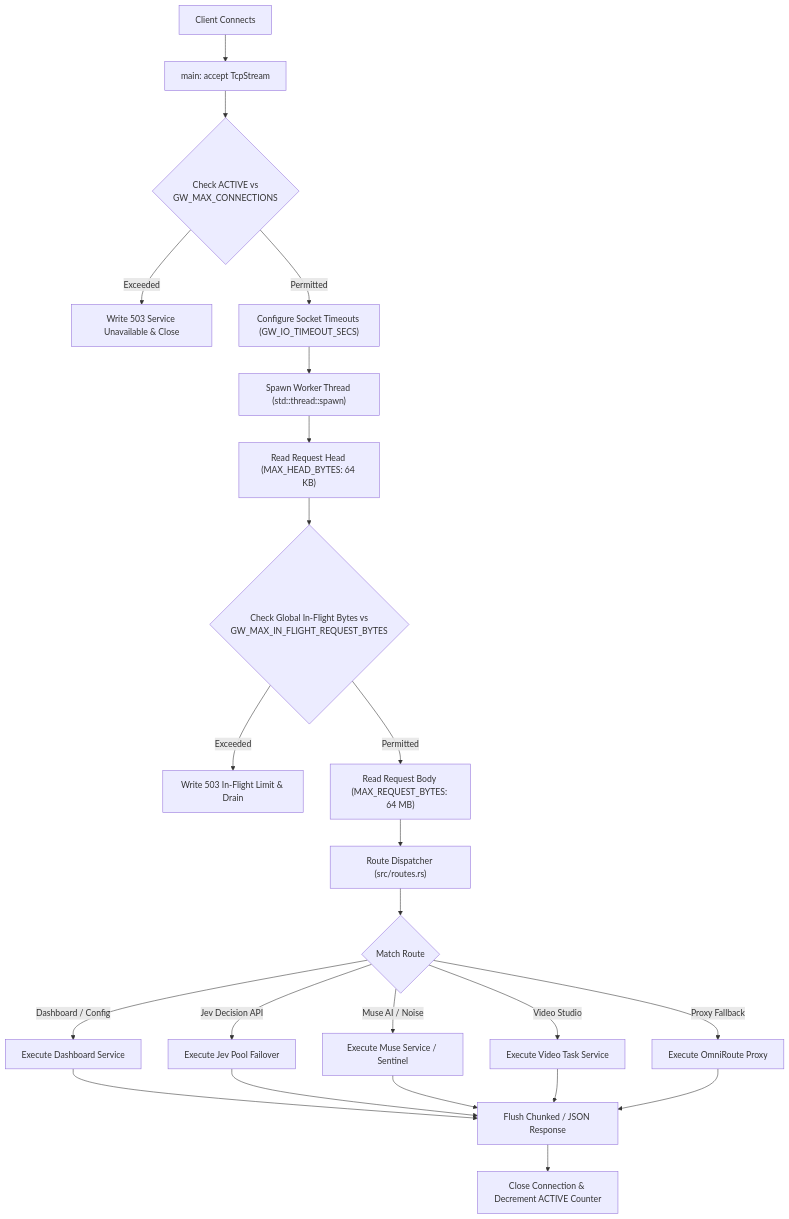
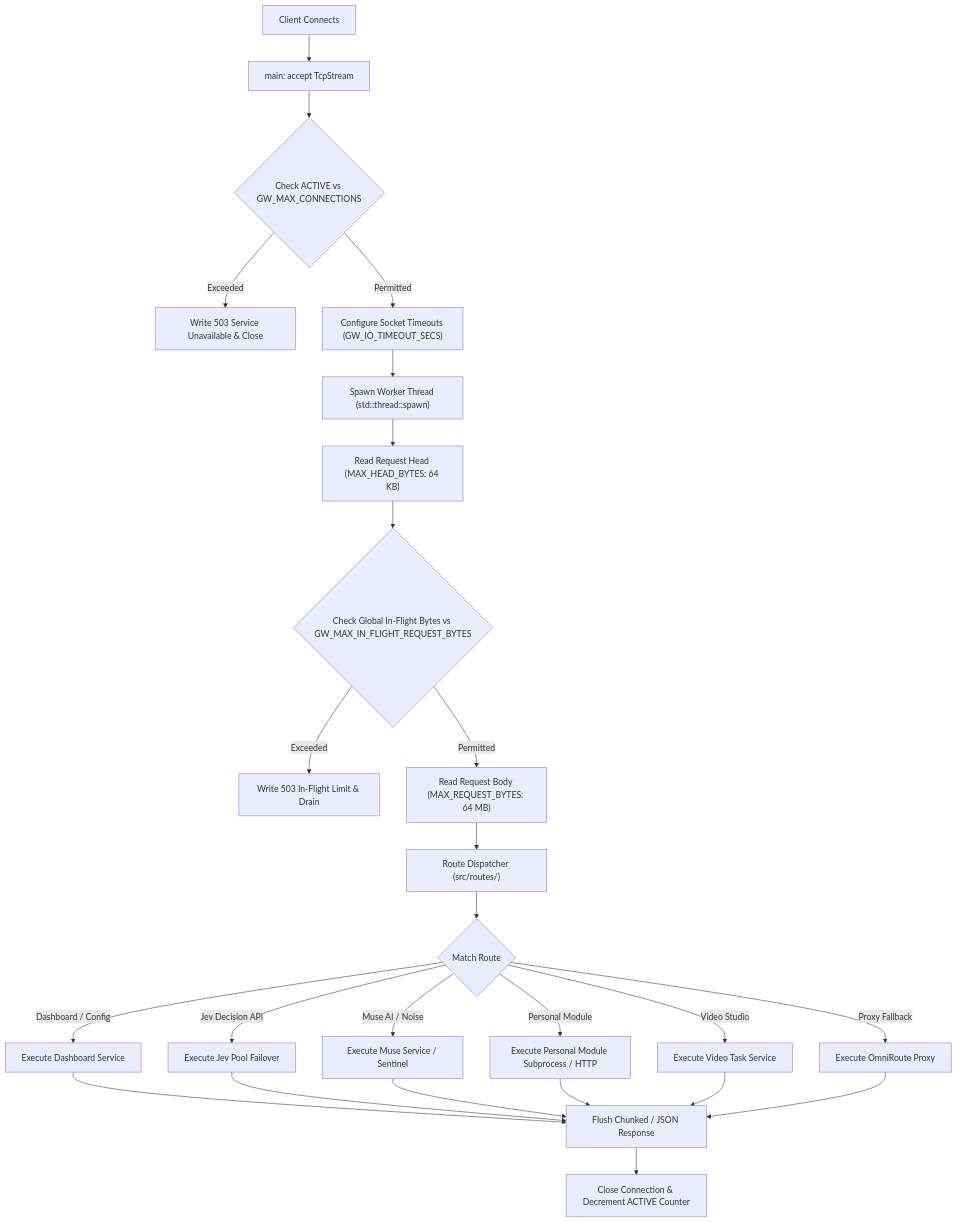
One commit to giauphan/toolcase-gateway changed the second of 3 diagrams in docs/SYSTEM_DESIGN.md. Above: the diagram before and after it, drawn with Mermaid. The commit also changed other lines of this file and 89 other files, not shown here.

````diff
--- a/docs/SYSTEM_DESIGN.md
+++ b/docs/SYSTEM_DESIGN.md
@@ -66,21 +66,22 @@
 ```mermaid
 flowchart TD
     A["Client Connects"] --> B["main: accept TcpStream"]
-    B --> C{"Check ACTIVE vs<br>GW_MAX_CONNECTIONS"}
+    B --> C{"Check ACTIVE vs GW_MAX_CONNECTIONS"}
     C -->|"Exceeded"| D["Write 503 Service Unavailable & Close"]
     C -->|"Permitted"| E["Configure Socket Timeouts (GW_IO_TIMEOUT_SECS)"]
     E --> F["Spawn Worker Thread (std::thread::spawn)"]
     F --> G["Read Request Head (MAX_HEAD_BYTES: 64 KB)"]
-    G --> H{"Check Global In-Flight Bytes vs<br>GW_MAX_IN_FLIGHT_REQUEST_BYTES"}
+    G --> H{"Check Global In-Flight Bytes vs GW_MAX_IN_FLIGHT_REQUEST_BYTES"}
     H -->|"Exceeded"| I["Write 503 In-Flight Limit & Drain"]
     H -->|"Permitted"| J["Read Request Body (MAX_REQUEST_BYTES: 64 MB)"]
-    J --> K["Route Dispatcher (src/routes.rs)"]
+    J --> K["Route Dispatcher (src/routes/)"]
     K --> L{"Match Route"}
     L -->|"Dashboard / Config"| M["Execute Dashboard Service"]
     L -->|"Jev Decision API"| N["Execute Jev Pool Failover"]
     L -->|"Muse AI / Noise"| O["Execute Muse Service / Sentinel"]
+    L -->|"Personal Module"| T["Execute Personal Module Subprocess / HTTP"]
     L -->|"Video Studio"| P["Execute Video Task Service"]
     L -->|"Proxy Fallback"| Q["Execute OmniRoute Proxy"]
-    M & N & O & P & Q --> R["Flush Chunked / JSON Response"]
+    M & N & O & T & P & Q --> R["Flush Chunked / JSON Response"]
     R --> S["Close Connection & Decrement ACTIVE Counter"]
 ```
````
